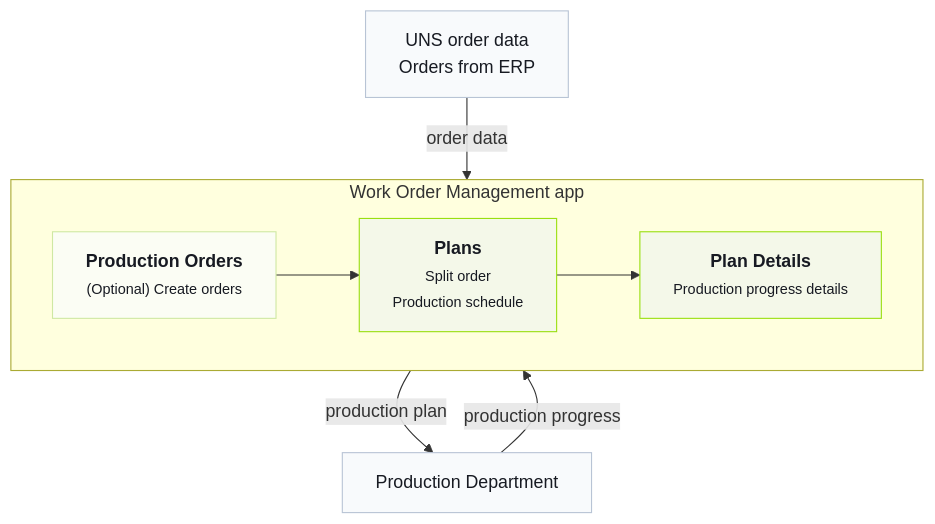
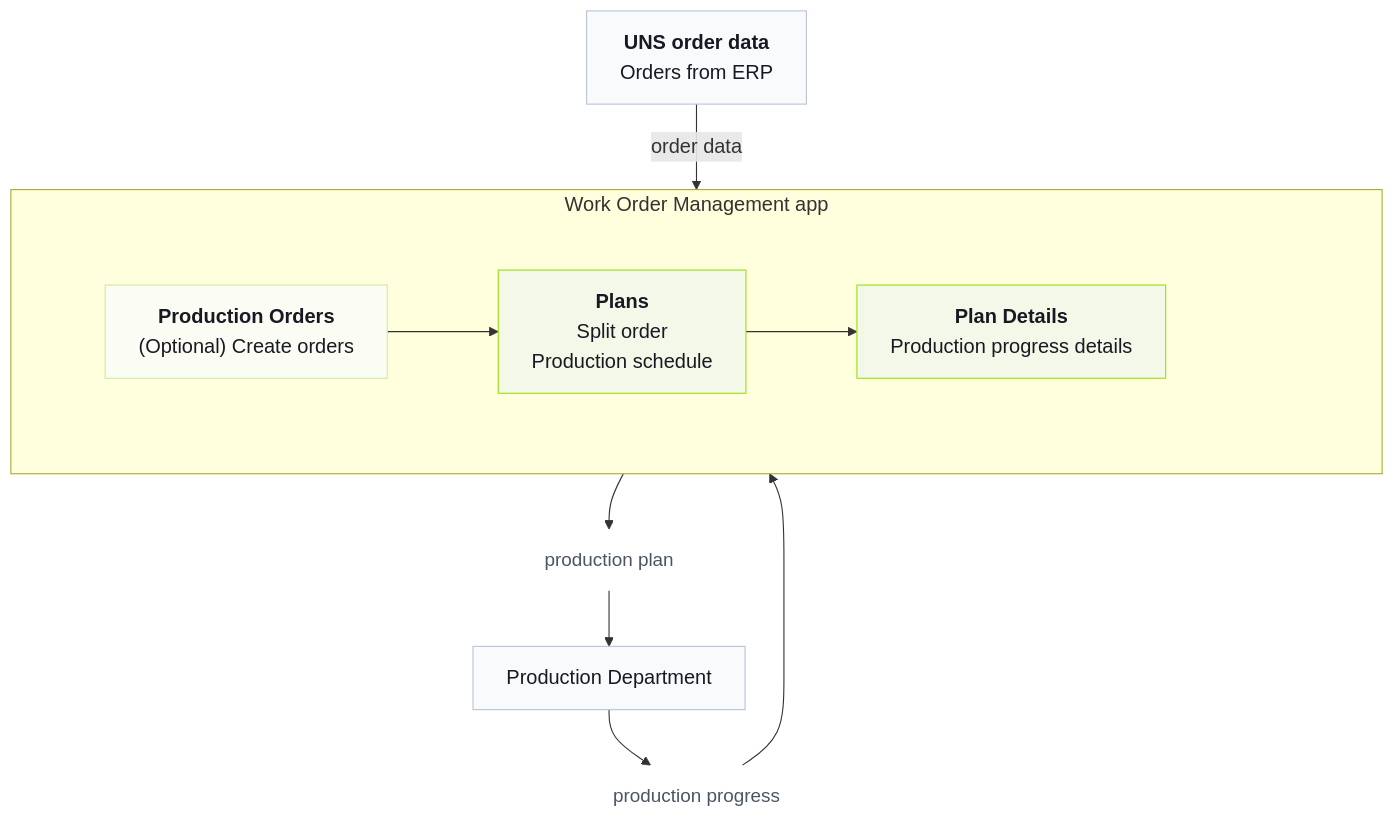
Before and after one commit to FREEZONEX/Tier0-docs-site: the diagram in src/content/docs/get-started/demo-factory.mdx, drawn with Mermaid. The commit also changed other lines of this file and 93 other files, not shown here.

````diff
--- a/src/content/docs/get-started/demo-factory.mdx
+++ b/src/content/docs/get-started/demo-factory.mdx
@@ -16,25 +18,37 @@
 ```mermaid
+%%{init: {"themeVariables": {"fontSize": "18px"}, "themeCSS": ".nodeLabel, .edgeLabel, .cluster-label { font-size: 18px !important; } .nodeLabel b, .nodeLabel strong { font-size: 19px !important; }"}}%%
 flowchart TB
-  uns["UNS order data<br/>Orders from ERP"]
-  production["Production Department"]
+  uns["<span style='font-size:18px;font-weight:700'>UNS order data</span><br/><span style='font-size:16px'>Orders from ERP</span>"]
+  production["<span style='font-size:18px'>Production Department</span>"]
 
   subgraph app["Work Order Management app"]
-    direction LR
-    orders["<b>Production Orders</b><br/><span style='font-size:13px'>(Optional) Create orders</span>"]
-    plans["<b>Plans</b><br/><span style='font-size:13px'>Split order<br/>Production schedule</span>"]
-    details["<b>Plan Details</b><br/><span style='font-size:13px'>Production progress details</span>"]
+    direction TB
+    appSpacer[" "]
+    subgraph appPages[" "]
+      direction LR
+      orders["<span style='font-size:18px;font-weight:700'>Production Orders</span><br/><span style='font-size:16px'>(Optional) Create orders</span>"]
+      plans["<span style='font-size:18px;font-weight:700'>Plans</span><br/><span style='font-size:16px'>Split order<br/>Production schedule</span>"]
+      details["<span style='font-size:18px;font-weight:700'>Plan Details</span><br/><span style='font-size:16px;white-space:nowrap'>Production progress details</span>"]
+    end
   end
 
   uns -- "order data" --> orders
   orders --> plans
   plans --> details
-  plans -- "production plan" --> production
-  production -- "production progress" --> details
+  plans --> planLabel["production plan"]
+  planLabel --> production
+  production --> progressLabel["production progress"]
+  progressLabel --> details
 
-  classDef external fill:#f8fafc,stroke:#b8c4d5,color:#171a22,stroke-width:1px
-  classDef optional fill:#fbfdf4,stroke:#cfe8a3,color:#171a22,stroke-width:1px
-  classDef appNode fill:#f4f8e9,stroke:#9adf11,color:#171a22,stroke-width:1px
+  classDef external fill:#f8fafc,stroke:#b8c4d5,color:#171a22,stroke-width:1px,font-size:18px
+  classDef optional fill:#fbfdf4,stroke:#cfe8a3,color:#171a22,stroke-width:1px,font-size:18px
+  classDef appNode fill:#f4f8e9,stroke:#9adf11,color:#171a22,stroke-width:1px,font-size:18px
+  classDef labelNode fill:transparent,stroke:transparent,color:#4b5563,font-size:17px
+  classDef invisible fill:transparent,stroke:transparent,color:transparent
   class uns,production external
   class orders optional
   class plans,details appNode
+  class planLabel,progressLabel labelNode
+  class appSpacer invisible
+  style appPages fill:transparent,stroke:transparent
 ```
````
